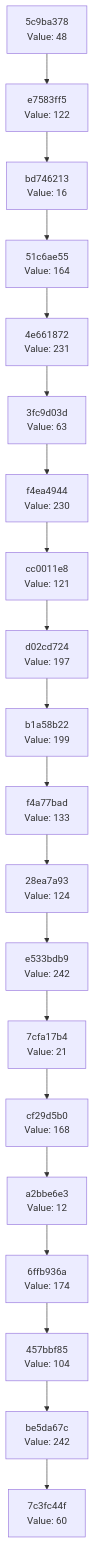
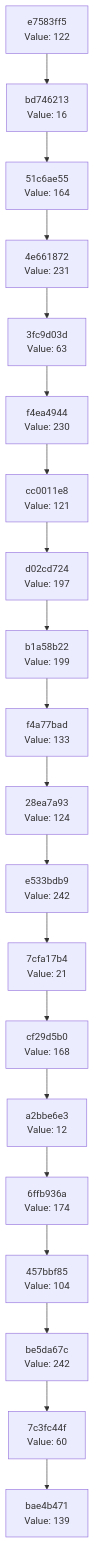
Before and after one commit to Abhisheksinha1506/hash-chain-evolver: the diagram in docs/CHAIN_VISUALIZATION.md, drawn with Mermaid. The commit also changed 2 other files, not shown here.

Commit message:
Evolution Step

````diff
--- a/docs/CHAIN_VISUALIZATION.md
+++ b/docs/CHAIN_VISUALIZATION.md
@@ -3,42 +3,42 @@
 ```mermaid
 graph TD
-    C0["7c3fc44f<br/>Value: 60"]
-    C1["be5da67c<br/>Value: 242"]
+    C0["bae4b471<br/>Value: 139"]
+    C1["7c3fc44f<br/>Value: 60"]
     C1 --> C0
-    C2["457bbf85<br/>Value: 104"]
+    C2["be5da67c<br/>Value: 242"]
     C2 --> C1
-    C3["6ffb936a<br/>Value: 174"]
+    C3["457bbf85<br/>Value: 104"]
     C3 --> C2
-    C4["a2bbe6e3<br/>Value: 12"]
+    C4["6ffb936a<br/>Value: 174"]
     C4 --> C3
-    C5["cf29d5b0<br/>Value: 168"]
+    C5["a2bbe6e3<br/>Value: 12"]
     C5 --> C4
-    C6["7cfa17b4<br/>Value: 21"]
+    C6["cf29d5b0<br/>Value: 168"]
     C6 --> C5
-    C7["e533bdb9<br/>Value: 242"]
+    C7["7cfa17b4<br/>Value: 21"]
     C7 --> C6
-    C8["28ea7a93<br/>Value: 124"]
+    C8["e533bdb9<br/>Value: 242"]
     C8 --> C7
-    C9["f4a77bad<br/>Value: 133"]
+    C9["28ea7a93<br/>Value: 124"]
     C9 --> C8
-    C10["b1a58b22<br/>Value: 199"]
+    C10["f4a77bad<br/>Value: 133"]
     C10 --> C9
-    C11["d02cd724<br/>Value: 197"]
+    C11["b1a58b22<br/>Value: 199"]
     C11 --> C10
-    C12["cc0011e8<br/>Value: 121"]
+    C12["d02cd724<br/>Value: 197"]
     C12 --> C11
-    C13["f4ea4944<br/>Value: 230"]
+    C13["cc0011e8<br/>Value: 121"]
     C13 --> C12
-    C14["3fc9d03d<br/>Value: 63"]
+    C14["f4ea4944<br/>Value: 230"]
     C14 --> C13
-    C15["4e661872<br/>Value: 231"]
+    C15["3fc9d03d<br/>Value: 63"]
     C15 --> C14
-    C16["51c6ae55<br/>Value: 164"]
+    C16["4e661872<br/>Value: 231"]
     C16 --> C15
-    C17["bd746213<br/>Value: 16"]
+    C17["51c6ae55<br/>Value: 164"]
     C17 --> C16
-    C18["e7583ff5<br/>Value: 122"]
+    C18["bd746213<br/>Value: 16"]
     C18 --> C17
-    C19["5c9ba378<br/>Value: 48"]
+    C19["e7583ff5<br/>Value: 122"]
     C19 --> C18
 ```
````
